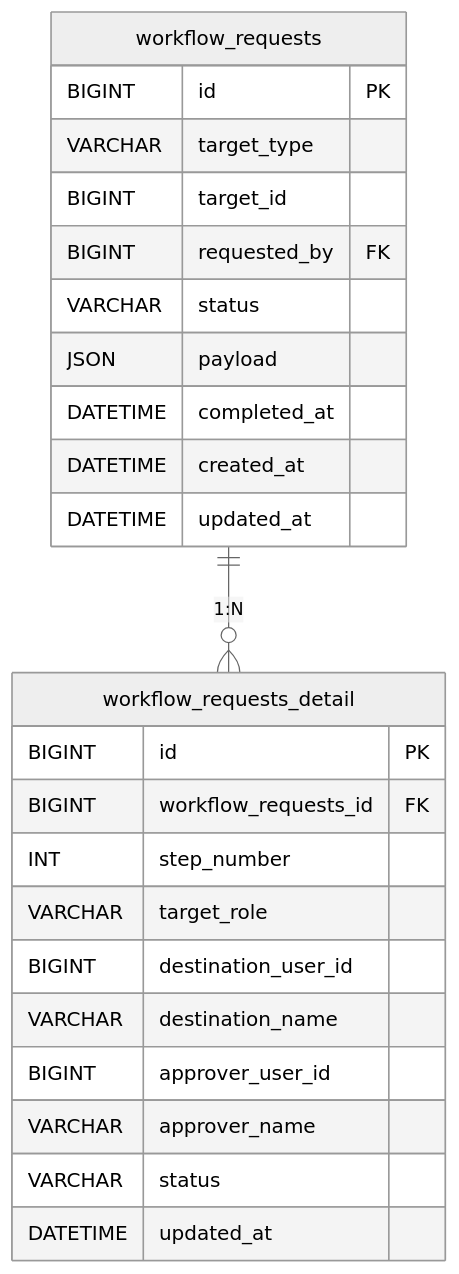
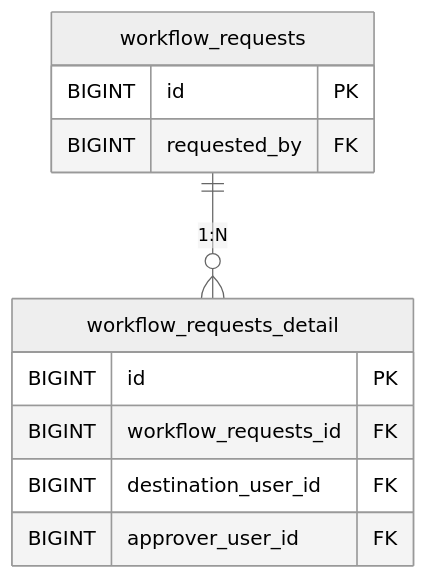
Before and after one commit to Tetsu0222/amazia: the third of 5 diagrams in docs/database_design/ER_diagram.md, drawn with Mermaid (neutral theme). The commit also changed other lines of this file, not shown here.

Commit message:
ER図更新

````diff
--- a/docs/database_design/ER_diagram.md
+++ b/docs/database_design/ER_diagram.md
@@ -190,32 +124,19 @@
 ```mermaid
 erDiagram
     workflow_requests {
         BIGINT id PK
-        VARCHAR target_type
-        BIGINT target_id
         BIGINT requested_by FK
-        VARCHAR status
-        JSON payload
-        DATETIME completed_at
-        DATETIME created_at
-        DATETIME updated_at
     }
 
     workflow_requests_detail {
         BIGINT id PK
         BIGINT workflow_requests_id FK
-        INT step_number
-        VARCHAR target_role
-        BIGINT destination_user_id
-        VARCHAR destination_name
-        BIGINT approver_user_id
-        VARCHAR approver_name
-        VARCHAR status
-        DATETIME updated_at
+        BIGINT destination_user_id FK
+        BIGINT approver_user_id FK
     }
 
     workflow_requests ||--o{ workflow_requests_detail : "1:N"
     %% users との関係（参考、users は §1 を参照）
     %% users ||--o{ workflow_requests : requested_by
     %% users ||--o{ workflow_requests_detail : destination_user_id / approver_user_id
 ```
````
